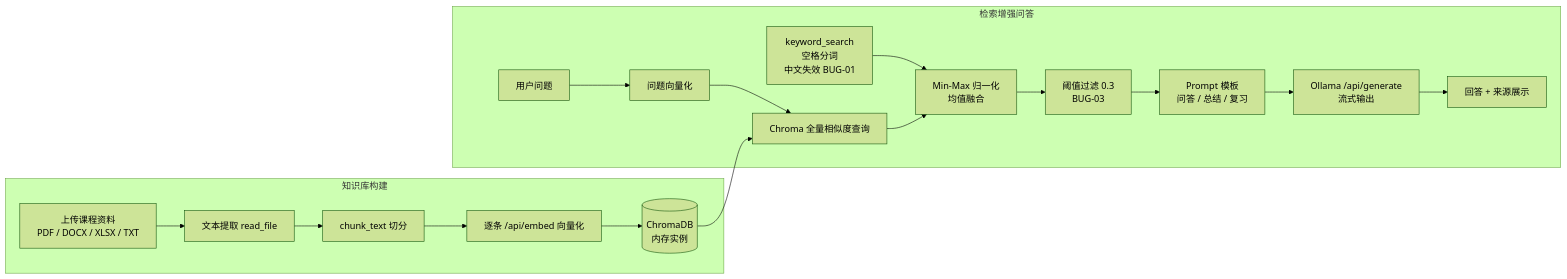
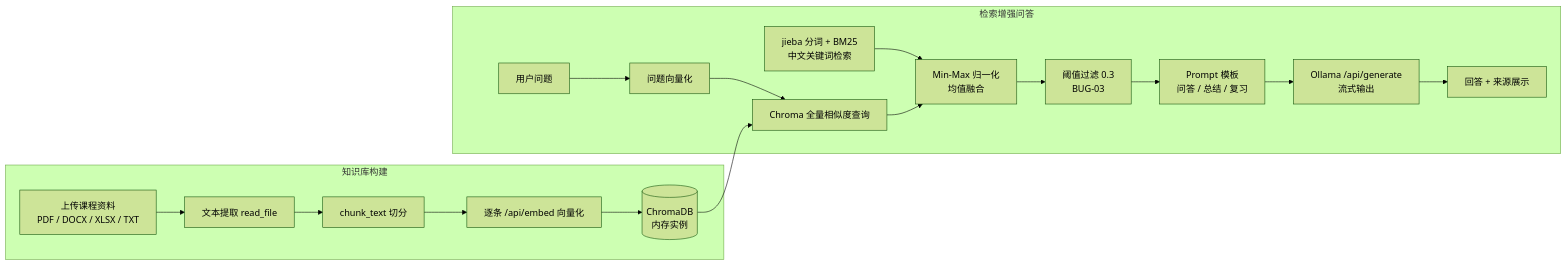
The diagram in README.md (zhhan56-png/AI-Study-Assistant), drawn with Mermaid (forest theme) before and after one commit. The commit also changed other lines of this file and 7 other files, not shown here.

Commit message:
fix(BUG-01): jieba tokenization + BM25 keyword search (#1)

````diff
--- a/README.md
+++ b/README.md
@@ -30,22 +30,22 @@
 ```mermaid
 flowchart LR
     subgraph KB[知识库构建]
         A1[上传课程资料<br/>PDF / DOCX / XLSX / TXT] --> A2[文本提取 read_file]
         A2 --> A3[chunk_text 切分]
         A3 --> A4[逐条 /api/embed 向量化]
         A4 --> A5[(ChromaDB<br/>内存实例)]
     end
 
     subgraph QA[检索增强问答]
         B1[用户问题] --> B2[问题向量化]
         B2 --> B3[Chroma 全量相似度查询]
-        B4[keyword_search<br/>空格分词<br/>中文失效 BUG-01] --> B5[Min-Max 归一化<br/>均值融合]
+        B4[jieba 分词 + BM25<br/>中文关键词检索] --> B5[Min-Max 归一化<br/>均值融合]
         B3 --> B5
         B5 --> B6[阈值过滤 0.3<br/>BUG-03]
         B6 --> B7[Prompt 模板<br/>问答 / 总结 / 复习]
         B7 --> B8[Ollama /api/generate<br/>流式输出]
         B8 --> B9[回答 + 来源展示]
     end
 
     A5 --> B3
 ```
````
